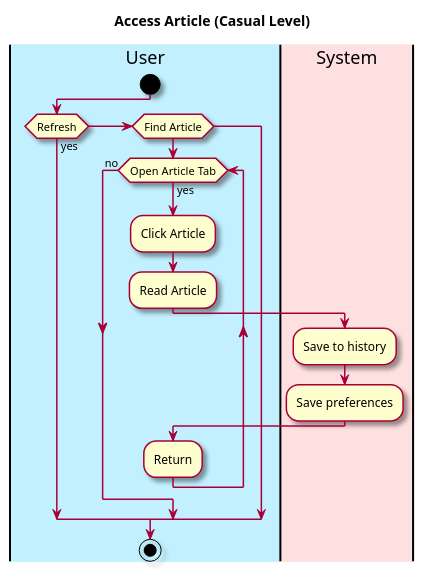
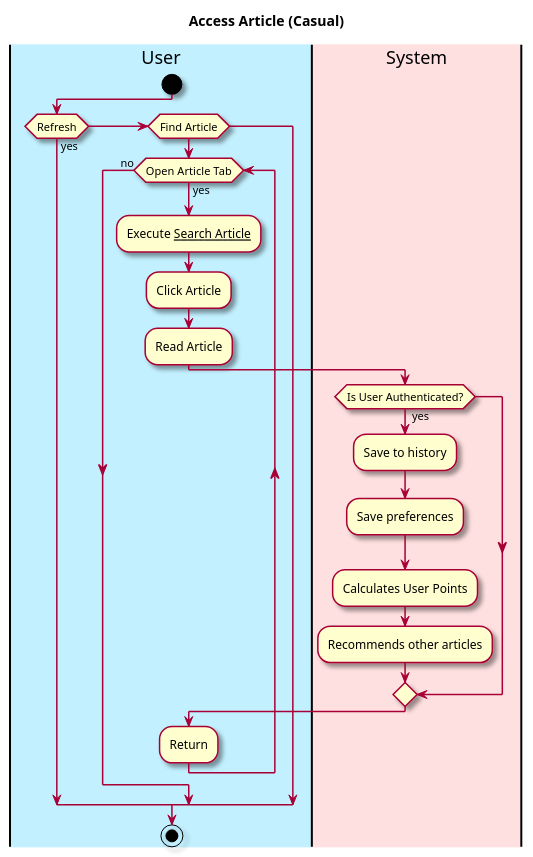
Before and after one commit to owhitleym-ui/EcoScoop: the diagram in intellij/doc/Functional Specification/access-article.md, drawn with PlantUML. The commit also changed other lines of this file and 5 other files, not shown here.

````diff
--- a/intellij/doc/Functional Specification/access-article.md
+++ b/intellij/doc/Functional Specification/access-article.md
@@ -25,28 +24,33 @@
 ```plantuml
 @startuml
 
 skin rose
 
-title Access Article (Casual Level)
+title Access Article (Casual)
 
 'define the lanes
 |#application|User|
 |#implementation|System|
 
 |User|
 start
     if (Refresh) then (yes)
     elseif(Find Article)
     while (Open Article Tab) is (yes)
+        :Execute __Search Article__;
         :Click Article;
         :Read Article;
         |System|
+        if (Is User Authenticated?) then ( yes)
         :Save to history;
         :Save preferences;
+        :Calculates User Points;
+        :Recommends other articles;
+        endif
         |User|
         :Return;
     endwhile (no)
     endif
 stop
 @enduml
 ```
````
